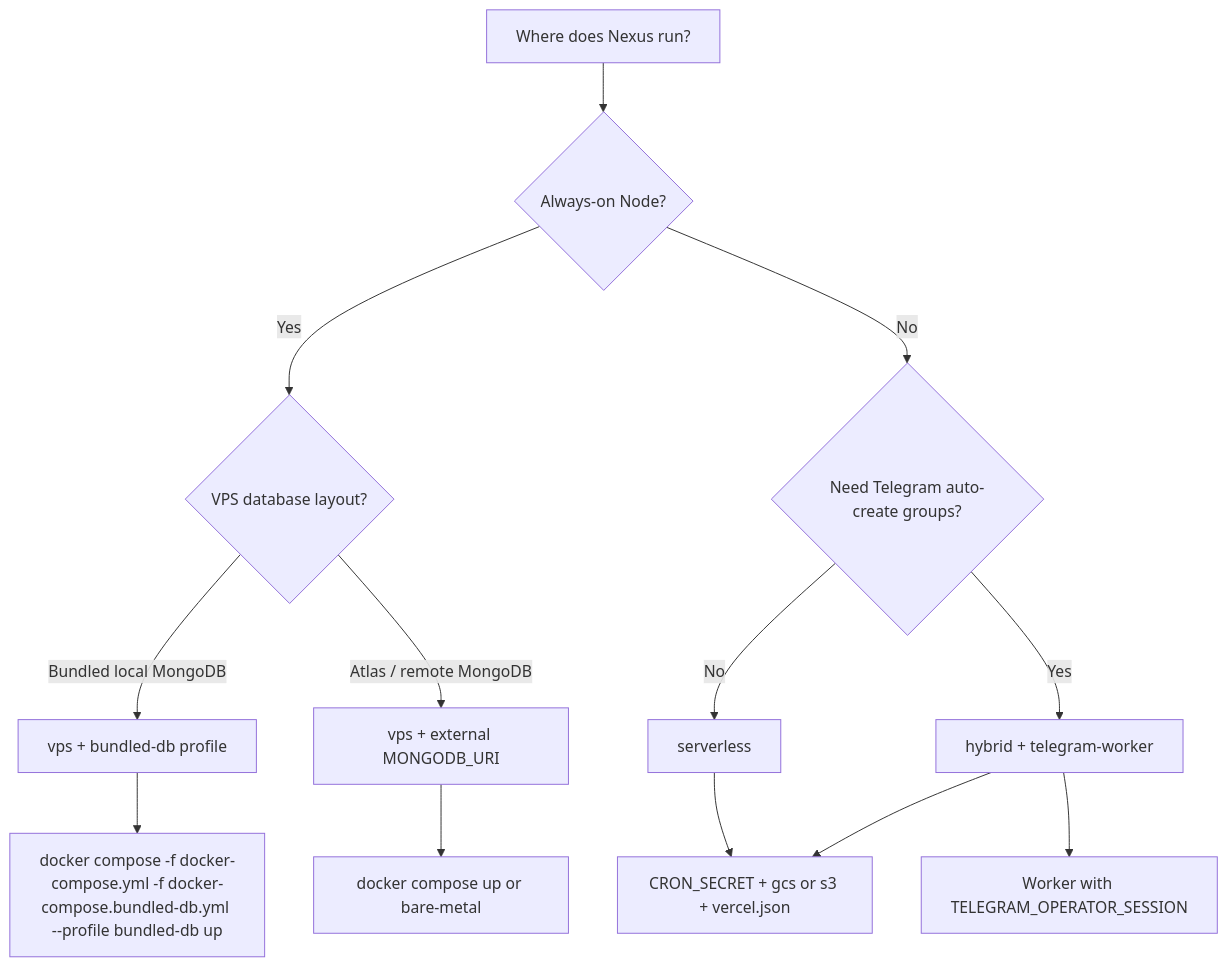
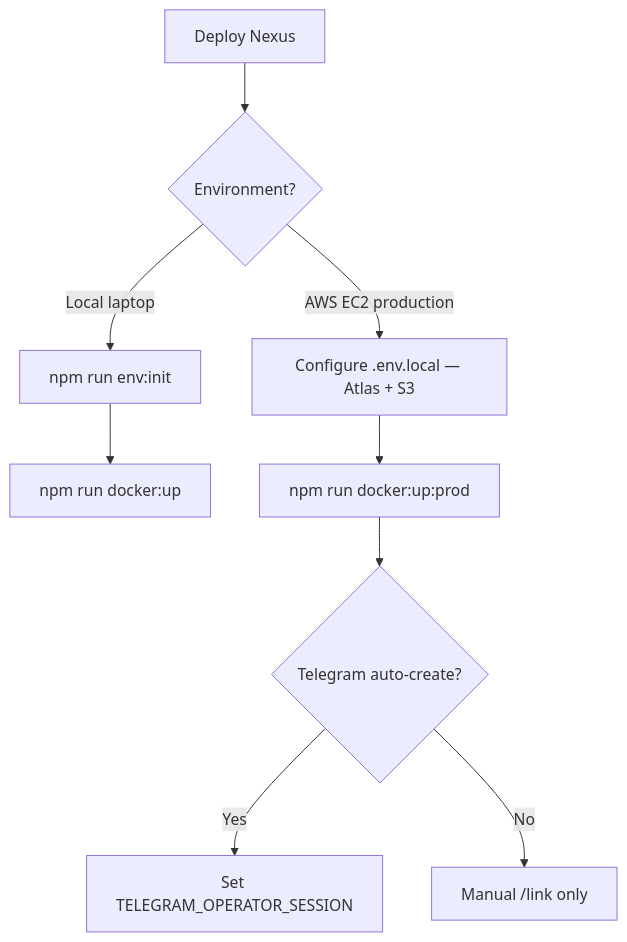
Before and after one commit to Loggy-4ya/system-for-local-organization: the diagram in .ai/docs/features/hosting_and_deployment.md, drawn with Mermaid. The commit also changed other lines of this file and 119 other files, not shown here.

````diff
--- a/.ai/docs/features/hosting_and_deployment.md
+++ b/.ai/docs/features/hosting_and_deployment.md
@@ -416,15 +183,11 @@
 ```mermaid
 flowchart TD
-  A[Where does Nexus run?] --> B{Always-on Node?}
-  B -->|Yes| C{VPS database layout?}
-  C -->|Bundled local MongoDB| D[vps + bundled-db profile]
-  C -->|Atlas / remote MongoDB| E[vps + external MONGODB_URI]
-  B -->|No| F{Need Telegram auto-create groups?}
-  F -->|No| G[serverless]
-  F -->|Yes| H[hybrid + telegram-worker]
-  D --> I[docker compose -f docker-compose.yml -f docker-compose.bundled-db.yml --profile bundled-db up]
-  E --> J[docker compose up or bare-metal]
-  G --> K[CRON_SECRET + gcs or s3 + vercel.json]
-  H --> K
-  H --> L[Worker with TELEGRAM_OPERATOR_SESSION]
+  A[Deploy Nexus] --> B{Environment?}
+  B -->|Local laptop| C[npm run env:init]
+  C --> D[npm run docker:up]
+  B -->|AWS EC2 production| E[Configure .env.local — Atlas + S3]
+  E --> F[npm run docker:up:prod]
+  F --> G{Telegram auto-create?}
+  G -->|Yes| H[Set TELEGRAM_OPERATOR_SESSION]
+  G -->|No| I[Manual /link only]
 ```
````
